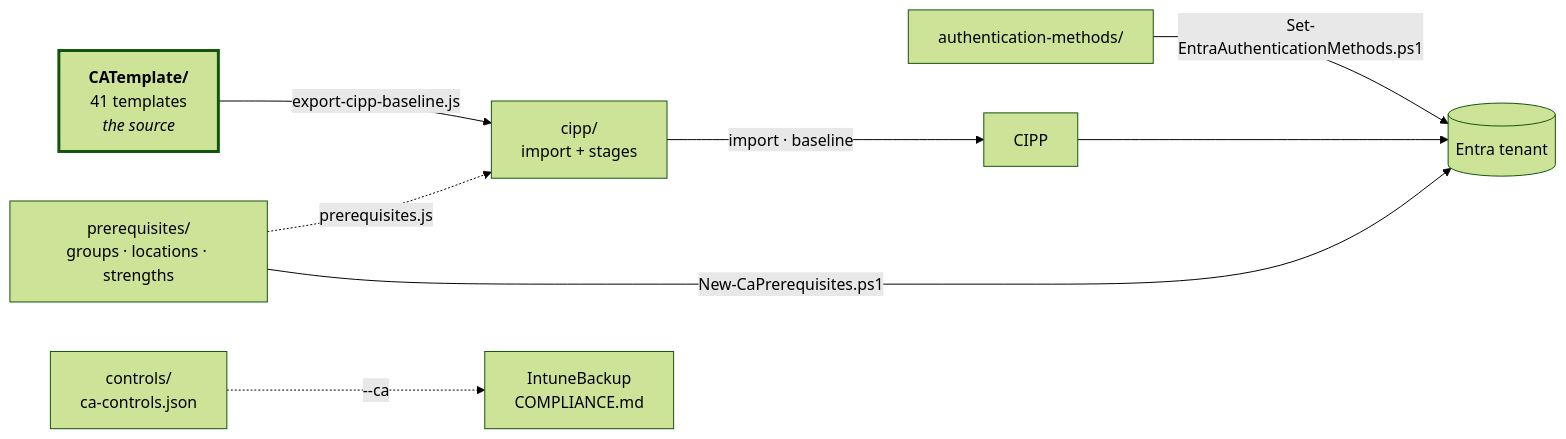
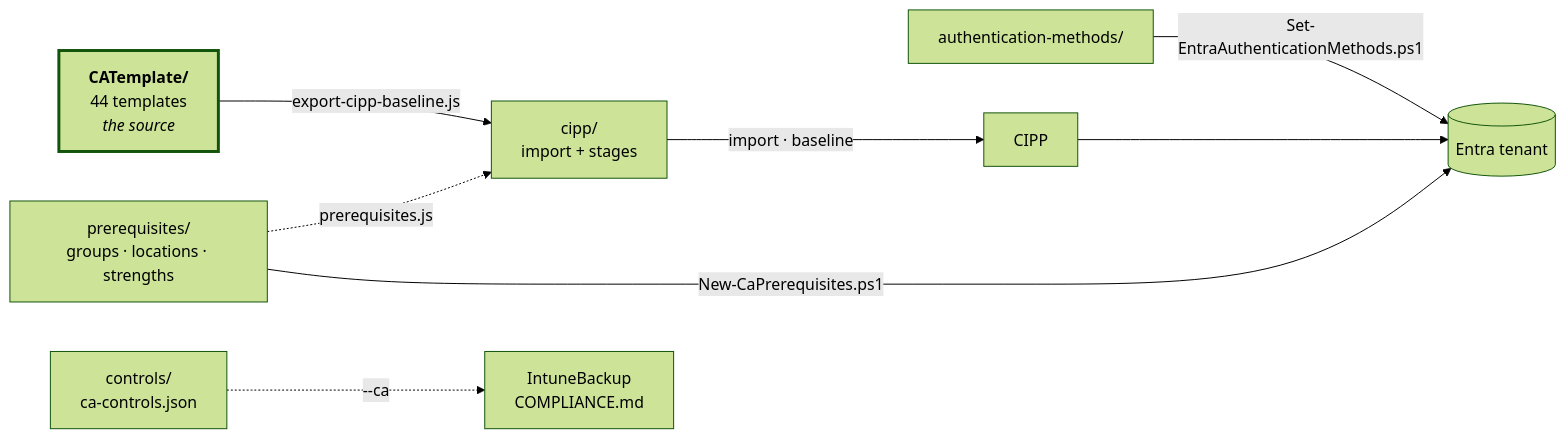
One commit to sjkanon/CA-Policies changed the diagram in README.en.md. Above: the diagram before and after it, drawn with Mermaid (forest theme). The commit also changed other lines of this file and 116 other files, not shown here.

````diff
--- a/README.en.md
+++ b/README.en.md
@@ -10,19 +10,19 @@
 ```mermaid
 flowchart LR
-  T["<b>CATemplate/</b><br/>41 templates<br/><i>the source</i>"]
+  T["<b>CATemplate/</b><br/>44 templates<br/><i>the source</i>"]
   P["prerequisites/<br/>groups · locations · strengths"]
   C["controls/<br/>ca-controls.json"]
   A["authentication-methods/"]
   X["cipp/<br/>import + stages"]
   TEN[("Entra tenant")]
 
   T -->|export-cipp-baseline.js| X
   P -.->|prerequisites.js| X
   X -->|import · baseline| CIPP[CIPP]
   CIPP --> TEN
   P -->|New-CaPrerequisites.ps1| TEN
   A -->|Set-EntraAuthenticationMethods.ps1| TEN
   C -.->|--ca| IB["IntuneBackup<br/>COMPLIANCE.md"]
 
   style T stroke-width:3px
 ```
````
